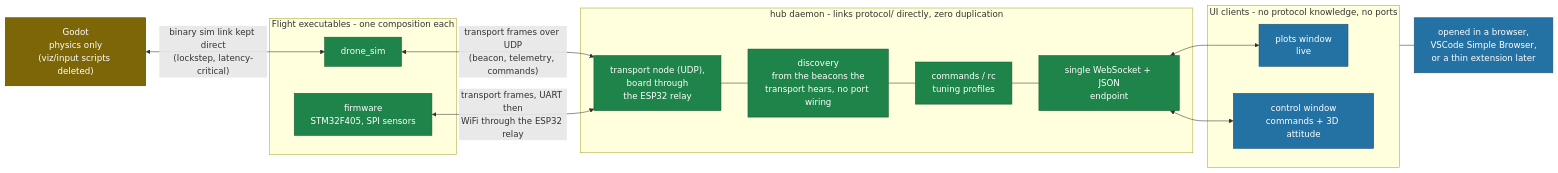
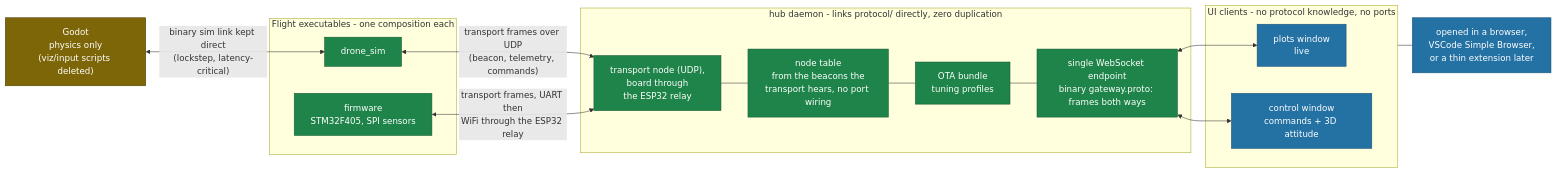
The diagram in docs/tooling-architecture.md (Keyrim/drone-mark4), drawn with Mermaid before and after one commit. The commit also changed other lines of this file and 6 other files, not shown here.

Commit message:
docs: the hub is a gateway, the pages speak gateway.proto, never JSON

````diff
--- a/docs/tooling-architecture.md
+++ b/docs/tooling-architecture.md
@@ -24,38 +28,38 @@
 ```mermaid
 flowchart LR
     subgraph flight["Flight executables - one composition each"]
         FW["firmware<br/>STM32F405, SPI sensors"]
         DS["drone_sim"]
     end
 
     GODOT["Godot<br/>physics only<br/>(viz/input scripts deleted)"]
 
     subgraph hub["hub daemon - links protocol/ directly, zero duplication"]
         TR["transport node (UDP),<br/>board through<br/>the ESP32 relay"]
-        DISC["discovery<br/>from the beacons the<br/>transport hears, no port wiring"]
-        SVC["commands / rc<br/>tuning profiles"]
-        WS["single WebSocket + JSON<br/>endpoint"]
+        DISC["node table<br/>from the beacons the<br/>transport hears, no port wiring"]
+        SVC["OTA bundle<br/>tuning profiles"]
+        WS["single WebSocket endpoint<br/>binary gateway.proto: frames both ways"]
         TR --- DISC --- SVC --- WS
     end
 
     subgraph ui["UI clients - no protocol knowledge, no ports"]
         P1["plots window<br/>live"]
         P2["control window<br/>commands + 3D attitude"]
     end
 
     BROWSER["opened in a browser,<br/>VSCode Simple Browser,<br/>or a thin extension later"]
 
     GODOT <-->|"binary sim link kept direct<br/>(lockstep, latency-critical)"| DS
     DS <-->|"transport frames over UDP<br/>(beacon, telemetry, commands)"| TR
     FW <-->|"transport frames, UART then<br/>WiFi through the ESP32 relay"| TR
     WS <--> P1
     WS <--> P2
     ui --- BROWSER
 
     classDef checked fill:#1e8449,color:#fff,stroke:#145a32
     classDef thin fill:#2471a3,color:#fff,stroke:#1a5276
     classDef neutral fill:#7d6608,color:#fff,stroke:#4d3c04
     class FW,DS,TR,DISC,SVC,WS checked
     class P1,P2,BROWSER thin
     class GODOT neutral
 ```
````
